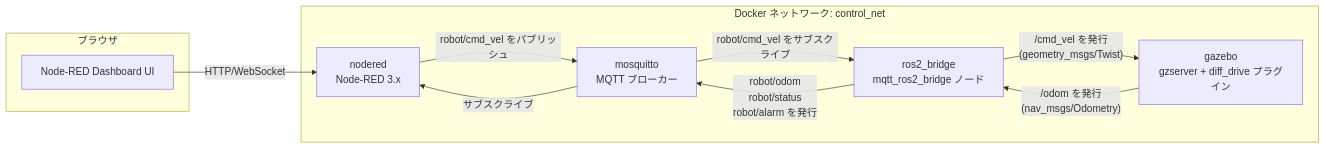
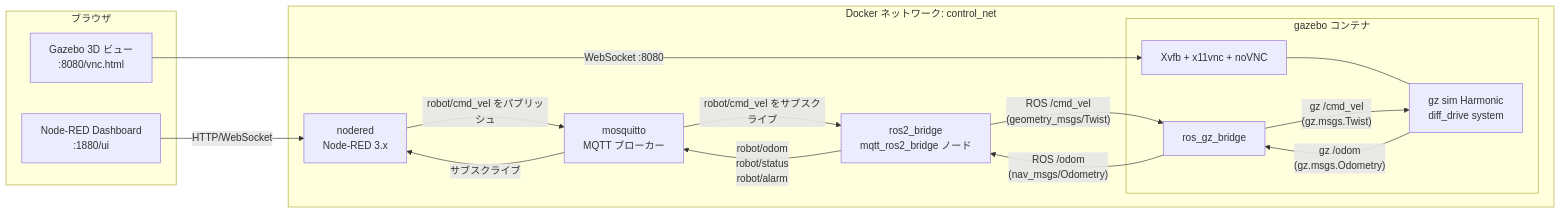
Before and after one commit to taku0310/gazebo-nodered-control: the first of 2 diagrams in docs/architecture.md, drawn with Mermaid. The commit also changed other lines of this file and 9 other files, not shown here.

First line of the commit message:
feat(gazebo): migrate to Gazebo Harmonic with noVNC browser viewer

````diff
--- a/docs/architecture.md
+++ b/docs/architecture.md
@@ -14,21 +14,30 @@
 ```mermaid
 flowchart LR
     subgraph Browser["ブラウザ"]
-      UI[Node-RED Dashboard UI]
+      UI[Node-RED Dashboard<br/>:1880/ui]
+      UI2[Gazebo 3D ビュー<br/>:8080/vnc.html]
     end
 
     subgraph control_net["Docker ネットワーク: control_net"]
       NR[nodered<br/>Node-RED 3.x]
       MB[mosquitto<br/>MQTT ブローカー]
       BR[ros2_bridge<br/>mqtt_ros2_bridge ノード]
-      GZ[gazebo<br/>gzserver + diff_drive プラグイン]
+      subgraph GZBOX["gazebo コンテナ"]
+        NV[Xvfb + x11vnc + noVNC]
+        RGB[ros_gz_bridge]
+        GZ[gz sim Harmonic<br/>diff_drive system]
+      end
     end
 
     UI -- HTTP/WebSocket --> NR
+    UI2 -- "WebSocket :8080" --> NV
+    NV --- GZ
     NR -- "robot/cmd_vel をパブリッシュ" --> MB
     MB -- "robot/cmd_vel をサブスクライブ" --> BR
-    BR -- "/cmd_vel を発行<br/>(geometry_msgs/Twist)" --> GZ
-    GZ -- "/odom を発行<br/>(nav_msgs/Odometry)" --> BR
-    BR -- "robot/odom<br/>robot/status<br/>robot/alarm を発行" --> MB
+    BR -- "ROS /cmd_vel<br/>(geometry_msgs/Twist)" --> RGB
+    RGB -- "gz /cmd_vel<br/>(gz.msgs.Twist)" --> GZ
+    GZ -- "gz /odom<br/>(gz.msgs.Odometry)" --> RGB
+    RGB -- "ROS /odom<br/>(nav_msgs/Odometry)" --> BR
+    BR -- "robot/odom<br/>robot/status<br/>robot/alarm" --> MB
     MB -- "サブスクライブ" --> NR
 ```
````
